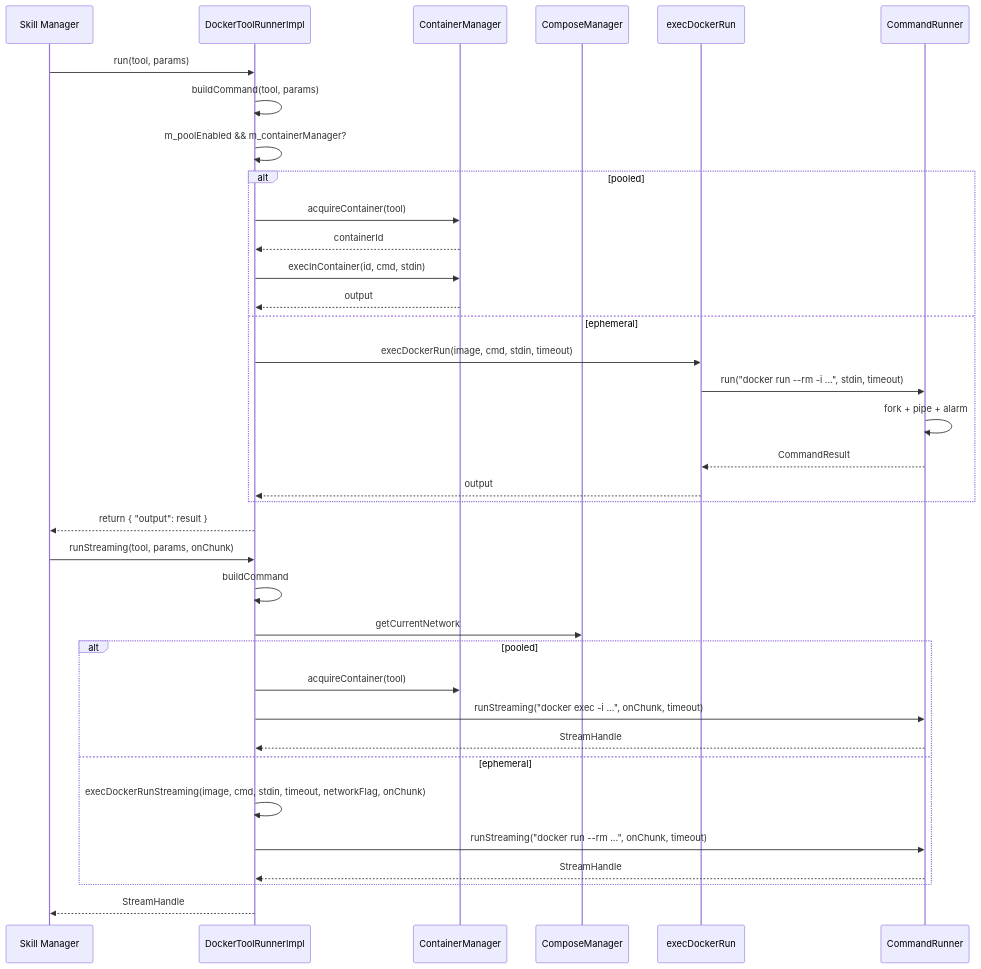
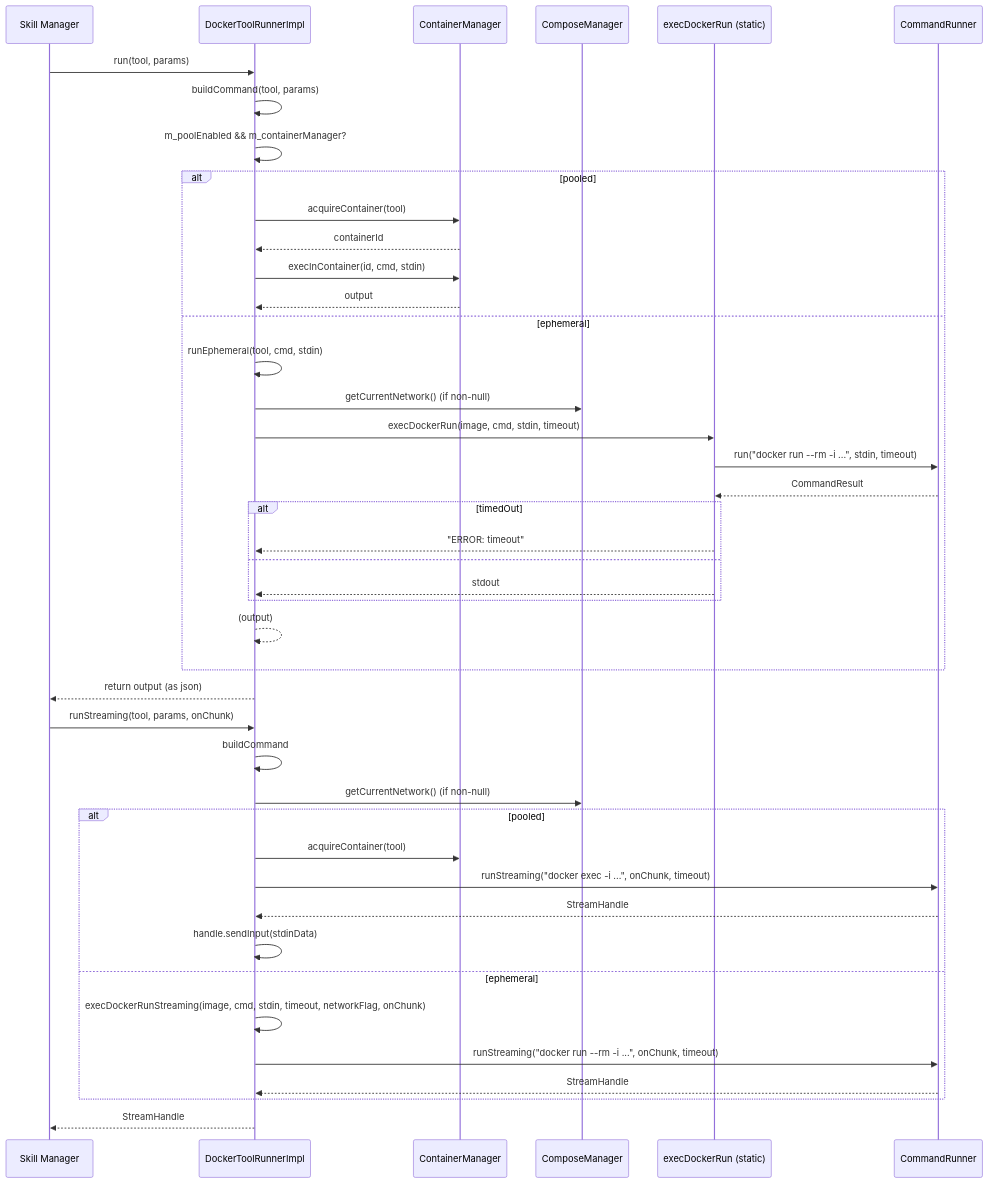
The second of 2 diagrams in src/docker/docker_tool_runner.spec.md (opensassi/a0), drawn with Mermaid before and after one commit. The commit also changed other lines of this file and 165 other files, not shown here.

````diff
--- a/src/docker/docker_tool_runner.spec.md
+++ b/src/docker/docker_tool_runner.spec.md
@@ -146,40 +142,47 @@
 ```mermaid
 sequenceDiagram
     participant S as Skill Manager
     participant DTR as DockerToolRunnerImpl
     participant CM as ContainerManager
     participant CompM as ComposeManager
-    participant EDR as execDockerRun
+    participant EDR as execDockerRun (static)
     participant CR as CommandRunner
 
     S->>DTR: run(tool, params)
     DTR->>DTR: buildCommand(tool, params)
     DTR->>DTR: m_poolEnabled && m_containerManager?
     alt pooled
         DTR->>CM: acquireContainer(tool)
         CM-->>DTR: containerId
         DTR->>CM: execInContainer(id, cmd, stdin)
         CM-->>DTR: output
     else ephemeral
+        DTR->>DTR: runEphemeral(tool, cmd, stdin)
+        DTR->>CompM: getCurrentNetwork() (if non-null)
         DTR->>EDR: execDockerRun(image, cmd, stdin, timeout)
         EDR->>CR: run("docker run --rm -i ...", stdin, timeout)
-        CR->>CR: fork + pipe + alarm
         CR-->>EDR: CommandResult
-        EDR-->>DTR: output
+        alt timedOut
+            EDR-->>DTR: "ERROR: timeout"
+        else
+            EDR-->>DTR: stdout
+        end
+        DTR-->>DTR: (output)
     end
-    DTR-->>S: return { "output": result }
+    DTR-->>S: return output (as json)
 
     S->>DTR: runStreaming(tool, params, onChunk)
     DTR->>DTR: buildCommand
-    DTR->>CompM: getCurrentNetwork
+    DTR->>CompM: getCurrentNetwork() (if non-null)
     alt pooled
         DTR->>CM: acquireContainer(tool)
         DTR->>CR: runStreaming("docker exec -i ...", onChunk, timeout)
         CR-->>DTR: StreamHandle
+        DTR->>DTR: handle.sendInput(stdinData)
     else ephemeral
         DTR->>DTR: execDockerRunStreaming(image, cmd, stdin, timeout, networkFlag, onChunk)
-        DTR->>CR: runStreaming("docker run --rm ...", onChunk, timeout)
+        DTR->>CR: runStreaming("docker run --rm -i ...", onChunk, timeout)
         CR-->>DTR: StreamHandle
     end
     DTR-->>S: StreamHandle
 ```
````
